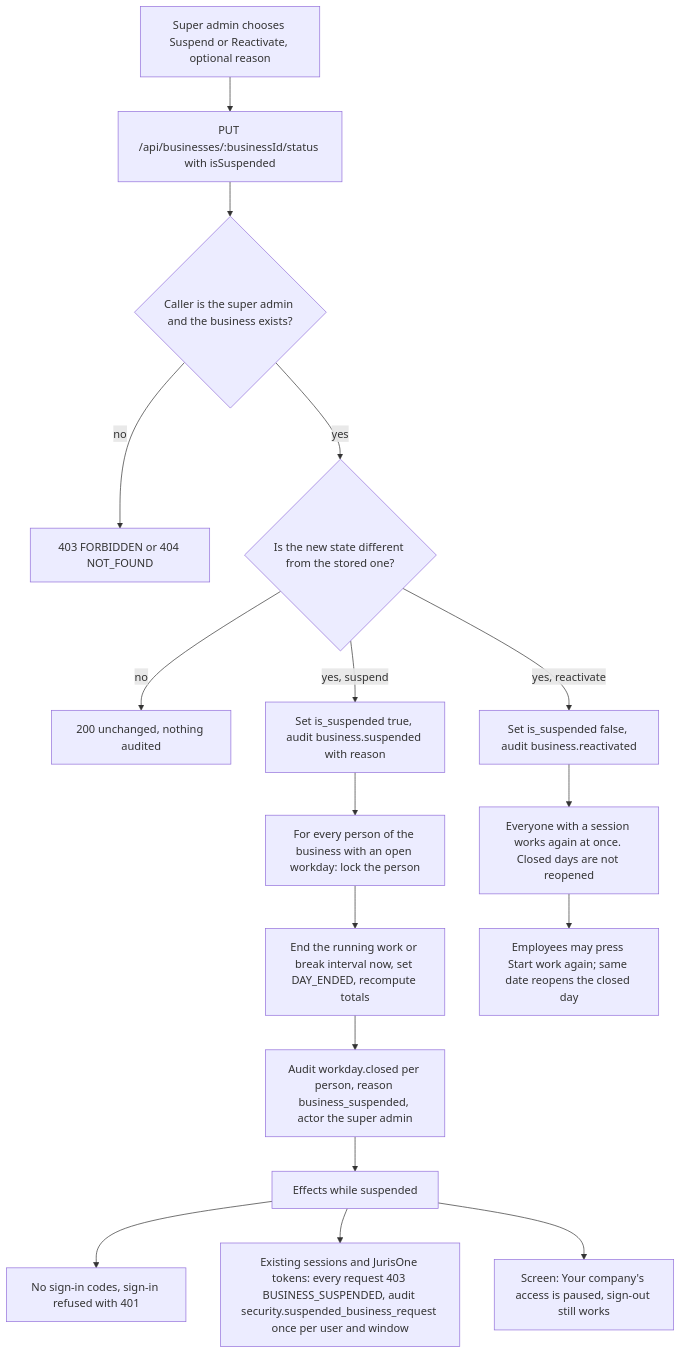
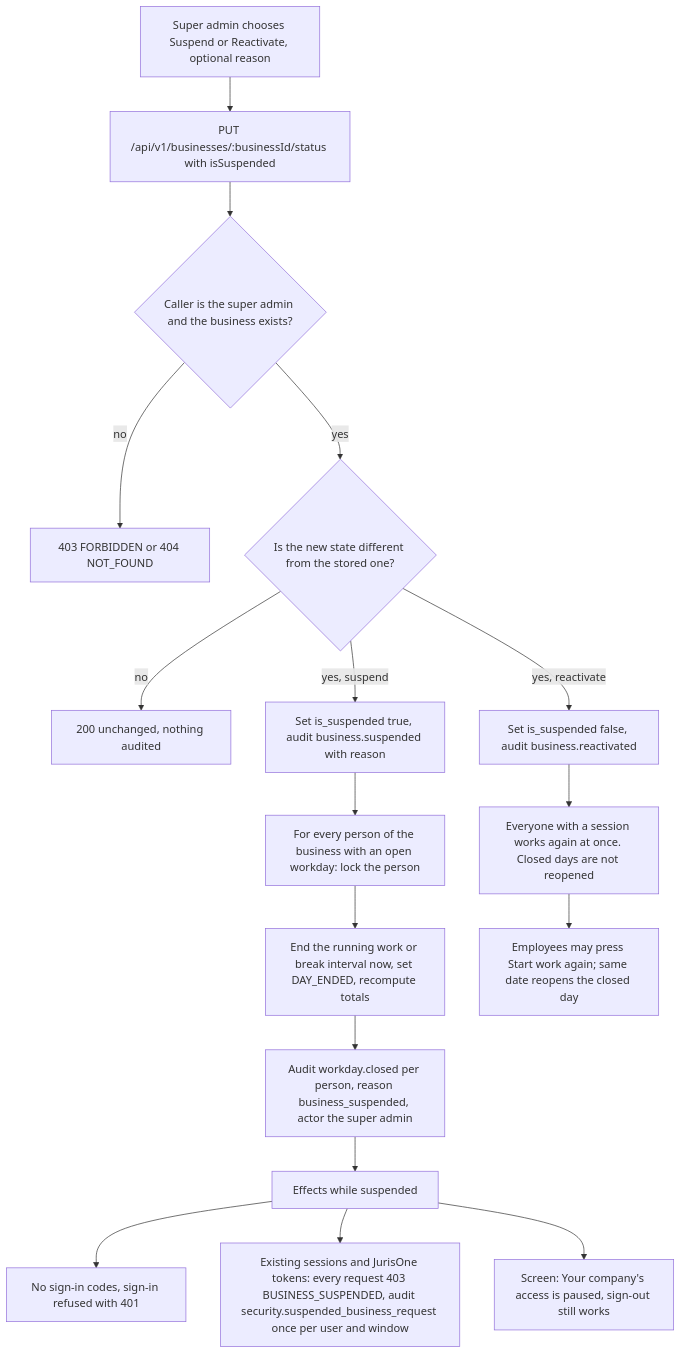
One commit to amitjurislpo/juris-track changed diagram 13 of 21 in references/FLOW-JurisTrack.md. Above: the diagram before and after it, drawn with Mermaid. The commit also changed other lines of this file and 100 other files, not shown here.

````diff
--- a/references/FLOW-JurisTrack.md
+++ b/references/FLOW-JurisTrack.md
@@ -484,19 +484,19 @@
 ```mermaid
 flowchart TD
-    A["Super admin chooses Suspend or Reactivate, optional reason"] --> B["PUT /api/businesses/:businessId/status with isSuspended"]
+    A["Super admin chooses Suspend or Reactivate, optional reason"] --> B["PUT /api/v1/businesses/:businessId/status with isSuspended"]
     B --> C{"Caller is the super admin and the business exists?"}
     C -->|"no"| X["403 FORBIDDEN or 404 NOT_FOUND"]
     C -->|"yes"| D{"Is the new state different from the stored one?"}
     D -->|"no"| E["200 unchanged, nothing audited"]
     D -->|"yes, suspend"| F["Set is_suspended true, audit business.suspended with reason"]
     F --> G["For every person of the business with an open workday: lock the person"]
     G --> H["End the running work or break interval now, set DAY_ENDED, recompute totals"]
     H --> I["Audit workday.closed per person, reason business_suspended, actor the super admin"]
     I --> J["Effects while suspended"]
     J --> J1["No sign-in codes, sign-in refused with 401"]
     J --> J2["Existing sessions and JurisOne tokens: every request 403 BUSINESS_SUSPENDED, audit security.suspended_business_request once per user and window"]
     J --> J3["Screen: Your company's access is paused, sign-out still works"]
     D -->|"yes, reactivate"| K["Set is_suspended false, audit business.reactivated"]
     K --> L["Everyone with a session works again at once. Closed days are not reopened"]
     L --> M["Employees may press Start work again; same date reopens the closed day"]
 ```
````
